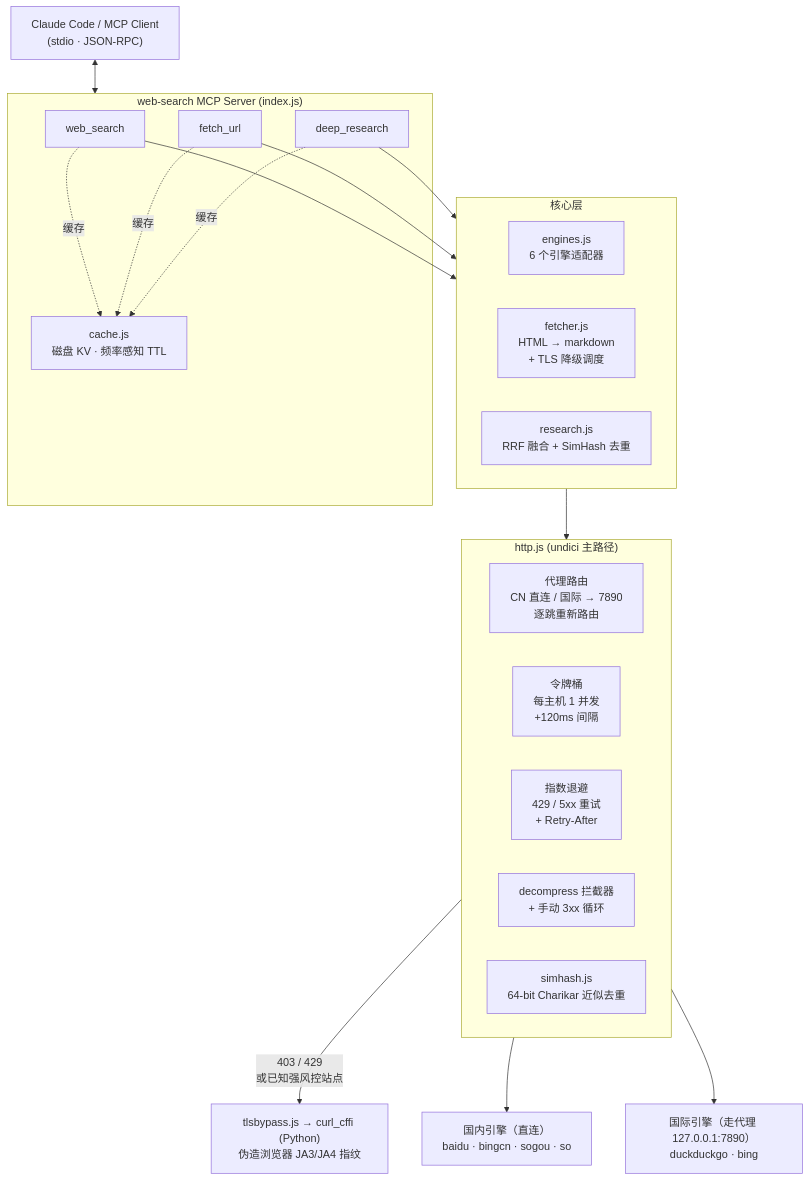
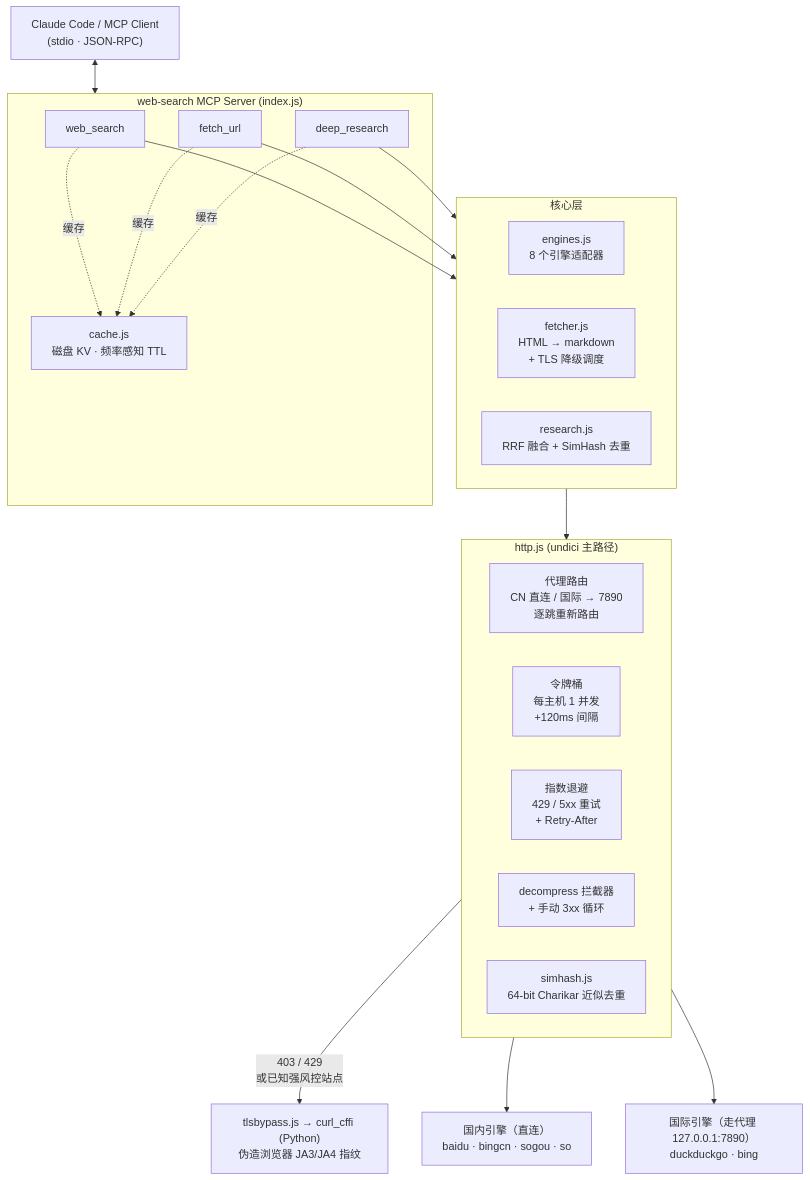
Before and after one commit to nuoyax/web-search-mcp: the first of 2 diagrams in README.zh.md, drawn with Mermaid. The commit also changed other lines of this file and 1 other file, not shown here.

````diff
--- a/README.zh.md
+++ b/README.zh.md
@@ -104,42 +104,42 @@
 ```mermaid
 flowchart TB
     Client["Claude Code / MCP Client\n(stdio · JSON-RPC)"]
 
     subgraph Server["web-search MCP Server  (index.js)"]
         T1["web_search"]
         T2["fetch_url"]
         T3["deep_research"]
         Cache["cache.js\n磁盘 KV · 频率感知 TTL"]
     end
 
     subgraph Core["核心层"]
-        Eng["engines.js\n6 个引擎适配器"]
+        Eng["engines.js\n8 个引擎适配器"]
         Fetch["fetcher.js\nHTML → markdown\n+ TLS 降级调度"]
         Res["research.js\nRRF 融合 + SimHash 去重"]
     end
 
     subgraph HTTP["http.js  (undici 主路径)"]
         Proxy["代理路由\nCN 直连 / 国际 → 7890\n逐跳重新路由"]
         Bucket["令牌桶\n每主机 1 并发\n+120ms 间隔"]
         Backoff["指数退避\n429 / 5xx 重试\n+ Retry-After"]
         Undici["decompress 拦截器\n+ 手动 3xx 循环"]
         Sim["simhash.js\n64-bit Charikar 近似去重"]
     end
 
     TLS["tlsbypass.js → curl_cffi (Python)\n伪造浏览器 JA3/JA4 指纹"]
 
     CN["国内引擎（直连）\nbaidu · bingcn · sogou · so"]
     Intl["国际引擎（走代理 127.0.0.1:7890）\nduckduckgo · bing"]
 
     Client <--> Server
     T1 --> Core
     T2 --> Core
     T3 --> Core
     T1 -.缓存.-> Cache
     T2 -.缓存.-> Cache
     T3 -.缓存.-> Cache
     Core --> HTTP
     HTTP -- "403 / 429\n或已知强风控站点" --> TLS
     HTTP --> CN
     HTTP --> Intl
 ```
````
